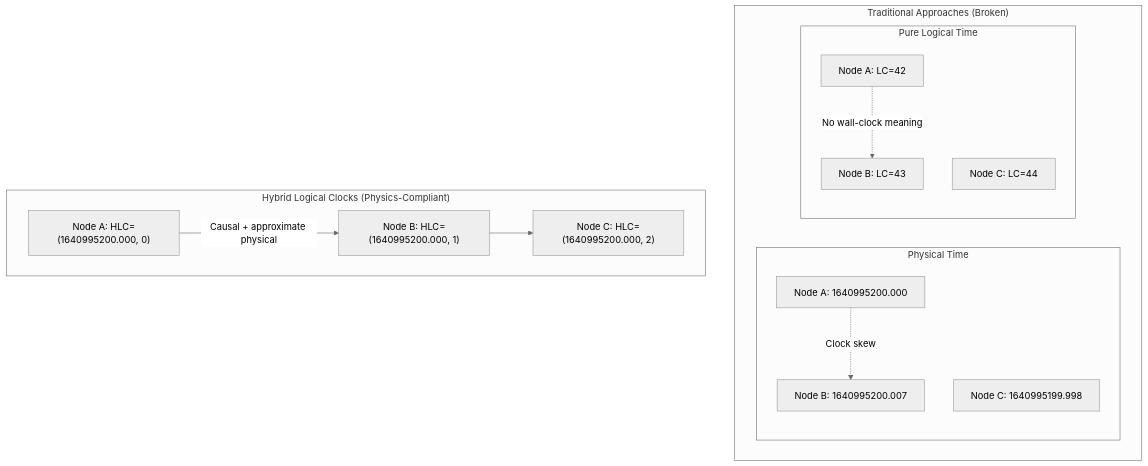
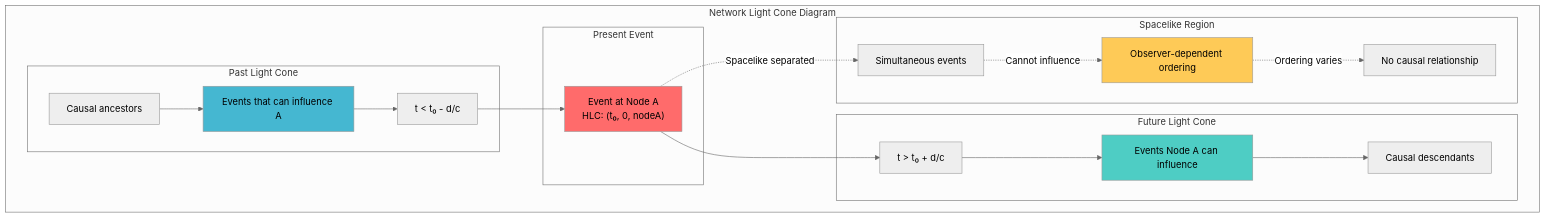
Before and after one commit to deepaucksharma/DStudio: the sixth of 8 diagrams in docs/core-principles/laws/asynchronous-reality.md, drawn with Mermaid (neutral theme). The commit also changed other lines of this file and 498 other files, not shown here.

First line of the commit message:
feat: comprehensive knowledge graph quality improvements

````diff
--- a/docs/core-principles/laws/asynchronous-reality.md
+++ b/docs/core-principles/laws/asynchronous-reality.md
@@ -404,27 +1454,42 @@
 ```mermaid
 graph TB
-    subgraph "Traditional Approaches (Broken)"
-        subgraph "Physical Time"
-            PT1["Node A: 1640995200.000"]
-            PT2["Node B: 1640995200.007"]
-            PT3["Node C: 1640995199.998"]
+    subgraph "Network Light Cone Diagram"
+        subgraph "Future Light Cone"
+            F1["t > t₀ + d/c"]
+            F2["Events Node A can influence"]
+            F3["Causal descendants"]
         end
         
-        subgraph "Pure Logical Time"
-            LT1["Node A: LC=42"]
-            LT2["Node B: LC=43"]
-            LT3["Node C: LC=44"]
+        subgraph "Present Event"
+            A["Event at Node A<br/>HLC: (t₀, 0, nodeA)"]
+        end
+        
+        subgraph "Past Light Cone"
+            P1["t < t₀ - d/c"]
+            P2["Events that can influence A"]
+            P3["Causal ancestors"]
+        end
+        
+        subgraph "Spacelike Region"
+            S1["Simultaneous events"]
+            S2["Observer-dependent ordering"]
+            S3["No causal relationship"]
         end
     end
     
-    subgraph "Hybrid Logical Clocks (Physics-Compliant)"
-        HLC1["Node A: HLC=(1640995200.000, 0)"]
-        HLC2["Node B: HLC=(1640995200.000, 1)"]
-        HLC3["Node C: HLC=(1640995200.000, 2)"]
-    end
+    A --> F1
+    F1 --> F2
+    F2 --> F3
+    P3 --> P2
+    P2 --> P1
+    P1 --> A
     
-    PT1 -.->|"Clock skew"| PT2
-    LT1 -.->|"No wall-clock meaning"| LT2
-    HLC1 -->|"Causal + approximate physical"| HLC2
-    HLC2 --> HLC3
+    A -.->|"Spacelike separated"| S1
+    S1 -.->|"Cannot influence"| S2
+    S2 -.->|"Ordering varies"| S3
+    
+    style A fill:#ff6b6b
+    style F2 fill:#4ecdc4
+    style P2 fill:#45b7d1
+    style S2 fill:#feca57
 ```
````
